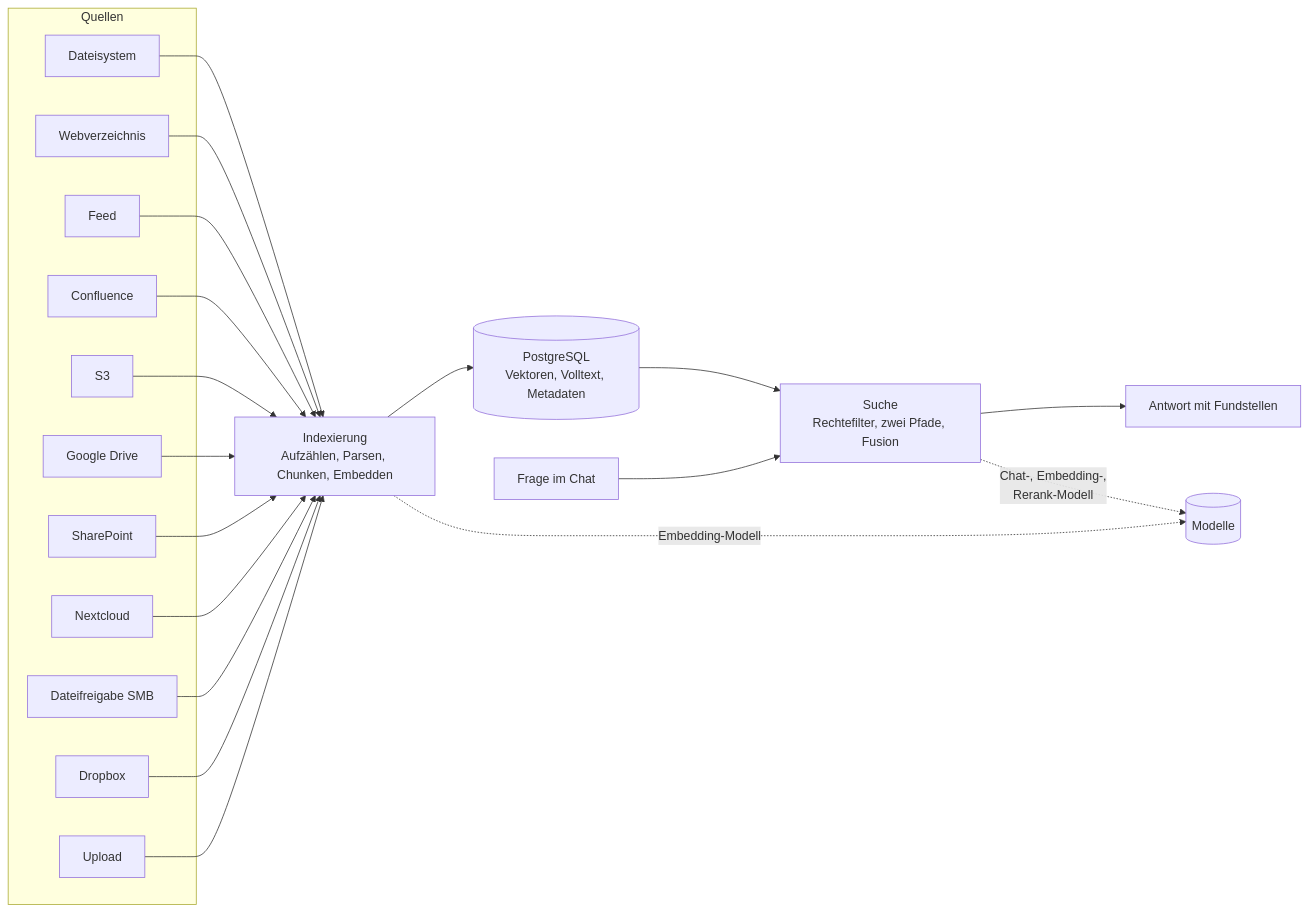
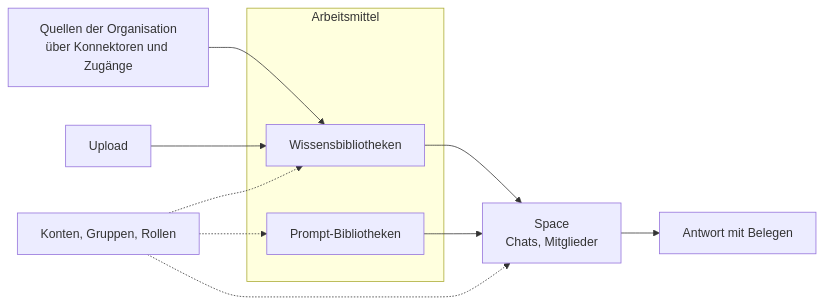
The diagram in docs/handbuch/README.md (criew/opaa), drawn with Mermaid before and after one commit. The commit also changed other lines of this file and 5 other files, not shown here.

````diff
--- a/docs/handbuch/README.md
+++ b/docs/handbuch/README.md
@@ -24,33 +27,15 @@
 ```mermaid
 flowchart LR
-    subgraph Quellen
-        Q1[Dateisystem]
-        Q2[Webverzeichnis]
-        Q3[Feed]
-        Q4[Confluence]
-        Q5[S3]
-        Q7[Google Drive]
-        Q10[SharePoint]
-        Q8[Nextcloud]
-        Q9[Dateifreigabe SMB]
-        Q11[Dropbox]
-        Q6[Upload]
+    subgraph Arbeitsmittel
+        W[Wissensbibliotheken]
+        P[Prompt-Bibliotheken]
     end
-    Q1 --> I[Indexierung<br/>Aufzählen, Parsen, Chunken, Embedden]
-    Q2 --> I
-    Q3 --> I
-    Q4 --> I
-    Q5 --> I
-    Q7 --> I
-    Q10 --> I
-    Q8 --> I
-    Q9 --> I
-    Q11 --> I
-    Q6 --> I
-    I --> DB[(PostgreSQL<br/>Vektoren, Volltext, Metadaten)]
-    DB --> S[Suche<br/>Rechtefilter, zwei Pfade, Fusion]
-    F[Frage im Chat] --> S
-    S --> A[Antwort mit Fundstellen]
-    I -. Embedding-Modell .-> M[(Modelle)]
-    S -. Chat-, Embedding-,<br/>Rerank-Modell .-> M
+    Q[Quellen der Organisation<br/>über Konnektoren und Zugänge] --> W
+    U[Upload] --> W
+    W --> S[Space<br/>Chats, Mitglieder]
+    P --> S
+    S --> A[Antwort mit Belegen]
+    R[Konten, Gruppen, Rollen] -.-> W
+    R -.-> P
+    R -.-> S
 ```
````
